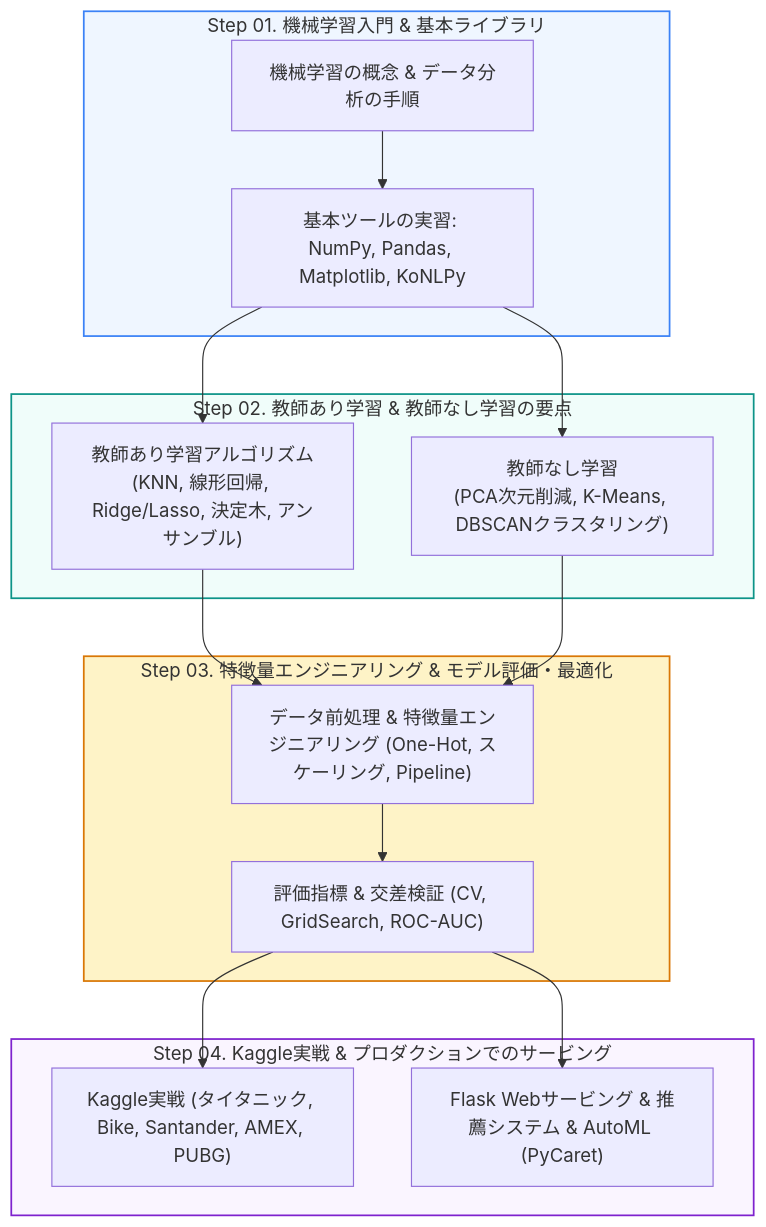
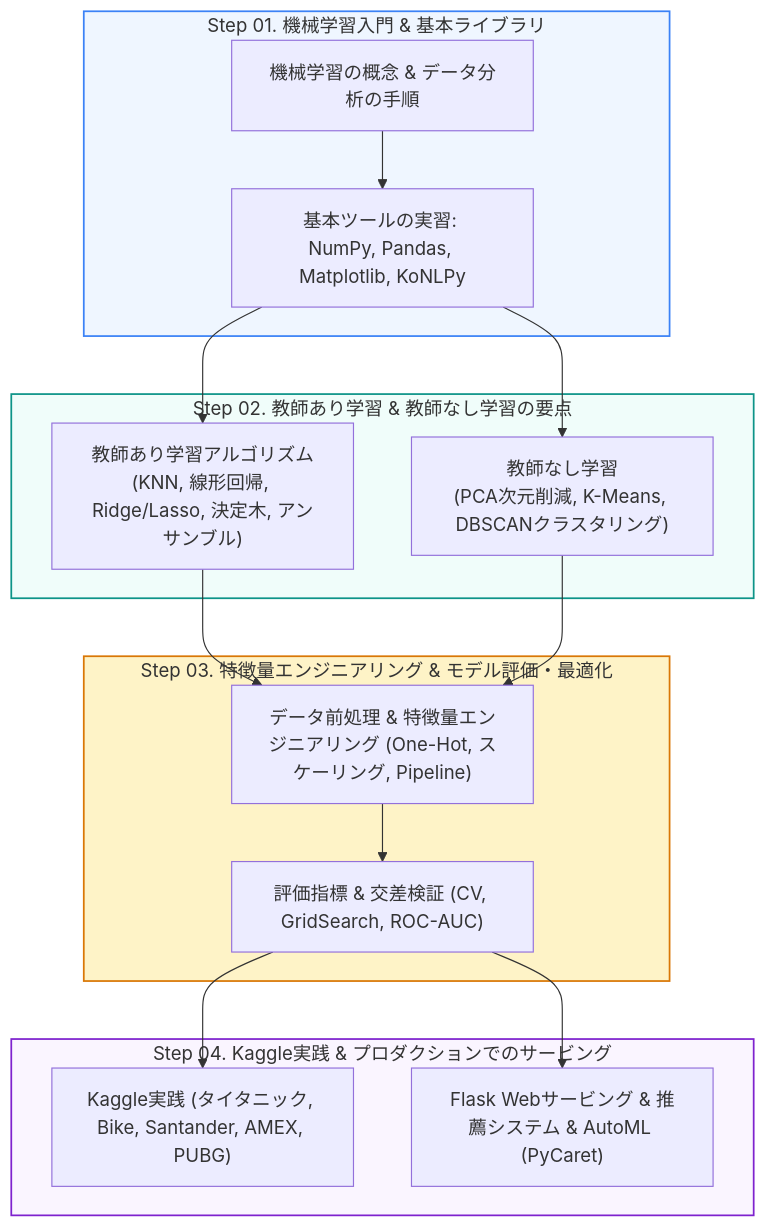
Before and after one commit to LDJWJ/ML_Basic_Class: the diagram in README.ja.md, drawn with Mermaid. The commit also changed other lines of this file and 3 other files, not shown here.

````diff
--- a/README.ja.md
+++ b/README.ja.md
@@ -36,31 +33,31 @@
 ```mermaid
 flowchart TD
     subgraph Step1 ["Step 01. 機械学習入門 & 基本ライブラリ"]
         A["機械学習の概念 & データ分析の手順"]
         B["基本ツールの実習: NumPy, Pandas, Matplotlib, KoNLPy"]
     end
 
     subgraph Step2 ["Step 02. 教師あり学習 & 教師なし学習の要点"]
         C["教師あり学習アルゴリズム<br>(KNN, 線形回帰, Ridge/Lasso, 決定木, アンサンブル)"]
         D["教師なし学習<br>(PCA次元削減, K-Means, DBSCANクラスタリング)"]
     end
 
     subgraph Step3 ["Step 03. 特徴量エンジニアリング & モデル評価・最適化"]
         E["データ前処理 & 特徴量エンジニアリング (One-Hot, スケーリング, Pipeline)"]
         F["評価指標 & 交差検証 (CV, GridSearch, ROC-AUC)"]
     end
 
-    subgraph Step4 ["Step 04. Kaggle実戦 & プロダクションでのサービング"]
-        G["Kaggle実戦 (タイタニック, Bike, Santander, AMEX, PUBG)"]
+    subgraph Step4 ["Step 04. Kaggle実践 & プロダクションでのサービング"]
+        G["Kaggle実践 (タイタニック, Bike, Santander, AMEX, PUBG)"]
         H["Flask Webサービング & 推薦システム & AutoML (PyCaret)"]
     end
 
     A --> B --> C --> E --> F --> G
     B --> D --> E
     F --> H
 
     style Step1 fill:#EFF6FF,stroke:#3B82F6,stroke-width:1.5px
     style Step2 fill:#F0FDFA,stroke:#0D9488,stroke-width:1.5px
     style Step3 fill:#FEF3C7,stroke:#D97706,stroke-width:1.5px
     style Step4 fill:#FAF5FF,stroke:#7E22CE,stroke-width:1.5px
 ```
````
